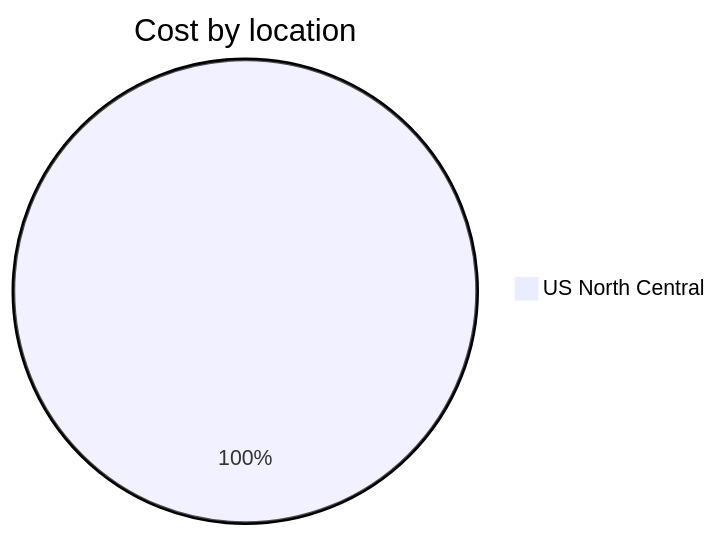
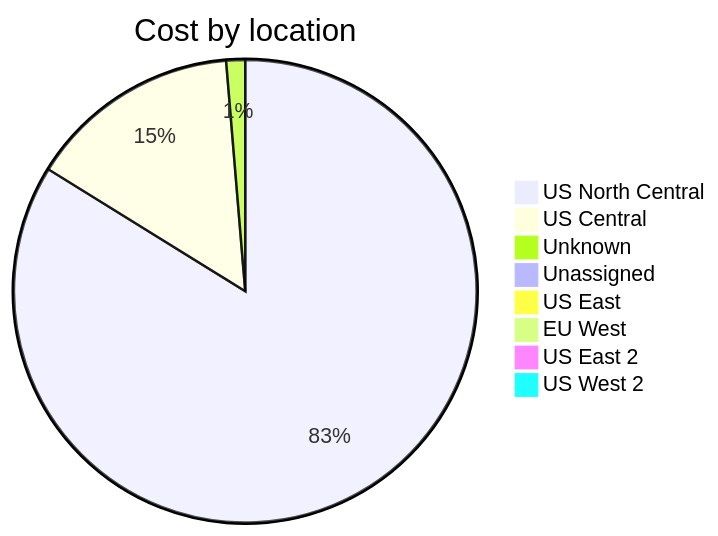
One commit to jpfulton/azure-personal-reports changed the third of 4 diagrams in cost-reports/accumulated-cost.md. Above: the diagram before and after it, drawn with Mermaid. The commit also changed other lines of this file and 4 other files, not shown here.

````diff
--- a/cost-reports/accumulated-cost.md
+++ b/cost-reports/accumulated-cost.md
@@ -107,5 +126,12 @@
 ```mermaid
 pie
    title Cost by location
-   "US North Central" : 0.12
+   "US North Central" : 2.54
+   "US Central" : 0.45
+   "Unknown" : 0.04
+   "Unassigned" : 0.01
+   "US East" : 0.01
+   "EU West" : 0.00
+   "US East 2" : 0.00
+   "US West 2" : 0.00
 ```
````
